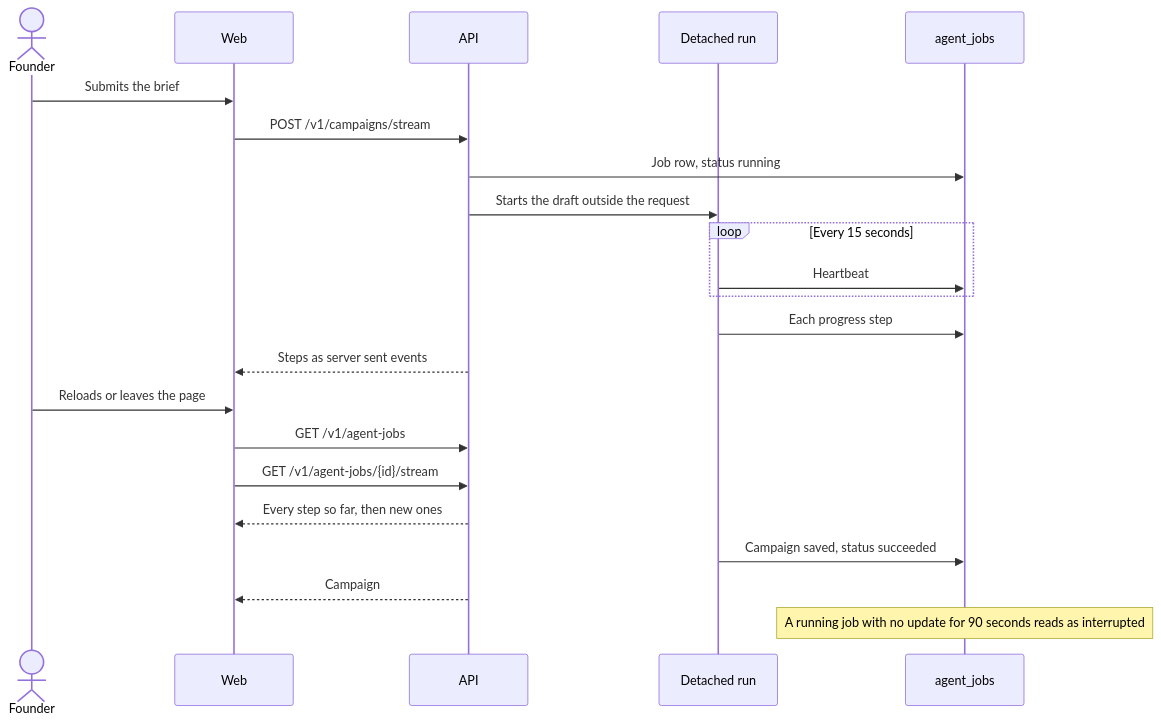
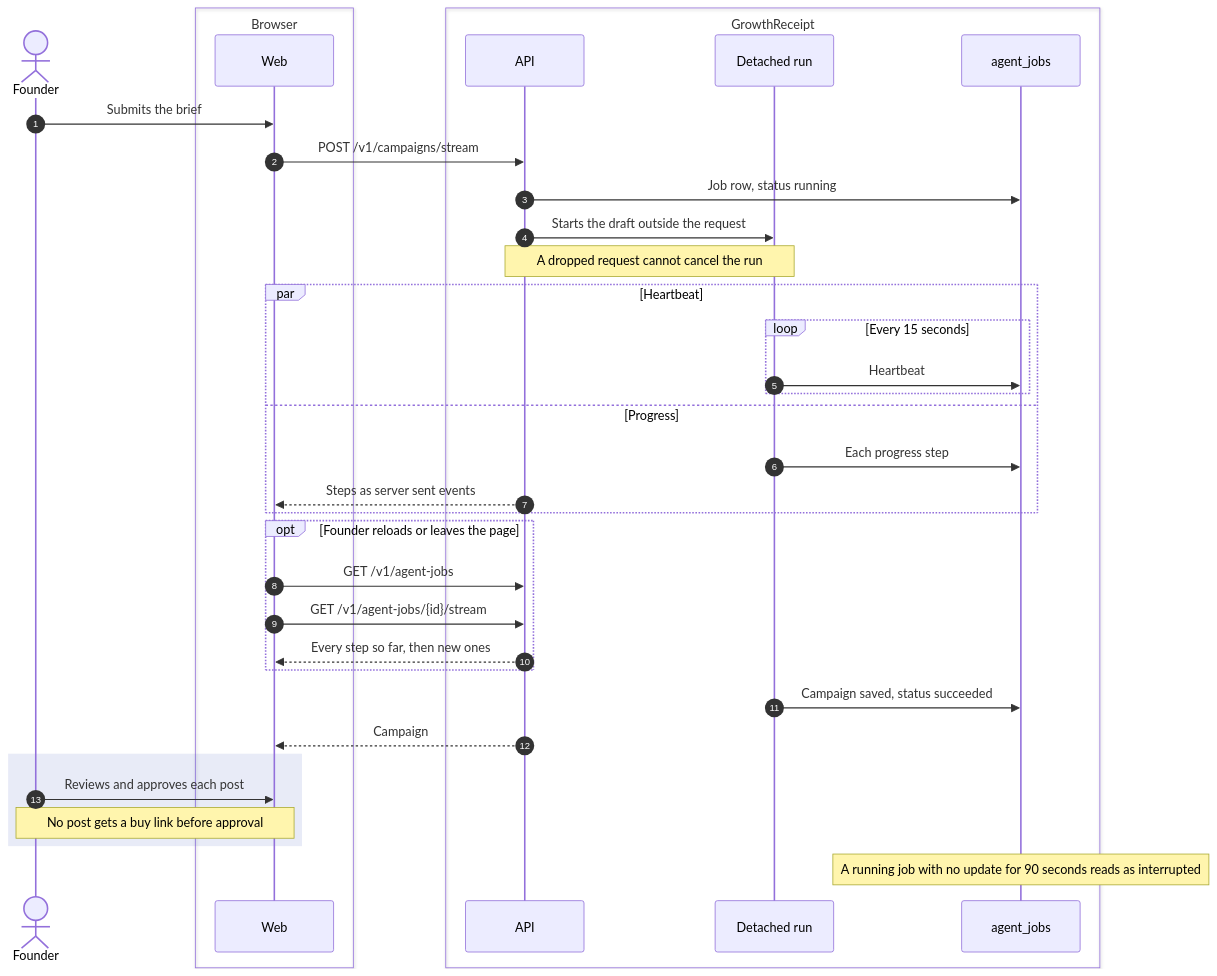
One commit to tekbel/growthreceipt changed the fourth of 5 diagrams in docs/hackathon/architecture.md. Above: the diagram before and after it, drawn with Mermaid. The commit also changed other lines of this file and 3 other files, not shown here.

First line of the commit message:
docs: sequence diagrams show numbered steps, trust boundaries, failure paths and approval points

````diff
--- a/docs/hackathon/architecture.md
+++ b/docs/hackathon/architecture.md
@@ -96,24 +136,38 @@
 ```mermaid
 sequenceDiagram
+  autonumber
   actor Founder
-  participant Web
-  participant API
-  participant Job as Detached run
-  participant DB as agent_jobs
+  box Browser
+    participant Web
+  end
+  box GrowthReceipt
+    participant API
+    participant Job as Detached run
+    participant DB as agent_jobs
+  end
   Founder->>Web: Submits the brief
   Web->>API: POST /v1/campaigns/stream
   API->>DB: Job row, status running
   API->>Job: Starts the draft outside the request
-  loop Every 15 seconds
-    Job->>DB: Heartbeat
+  Note over API,Job: A dropped request cannot cancel the run
+  par Heartbeat
+    loop Every 15 seconds
+      Job->>DB: Heartbeat
+    end
+  and Progress
+    Job->>DB: Each progress step
+    API-->>Web: Steps as server sent events
   end
-  Job->>DB: Each progress step
-  API-->>Web: Steps as server sent events
-  Founder->>Web: Reloads or leaves the page
-  Web->>API: GET /v1/agent-jobs
-  Web->>API: GET /v1/agent-jobs/{id}/stream
-  API-->>Web: Every step so far, then new ones
+  opt Founder reloads or leaves the page
+    Web->>API: GET /v1/agent-jobs
+    Web->>API: GET /v1/agent-jobs/{id}/stream
+    API-->>Web: Every step so far, then new ones
+  end
   Job->>DB: Campaign saved, status succeeded
   API-->>Web: Campaign
+  rect rgba(68, 88, 184, 0.12)
+    Founder->>Web: Reviews and approves each post
+    Note over Founder,Web: No post gets a buy link before approval
+  end
   Note over DB: A running job with no update for 90 seconds reads as interrupted
 ```
````
